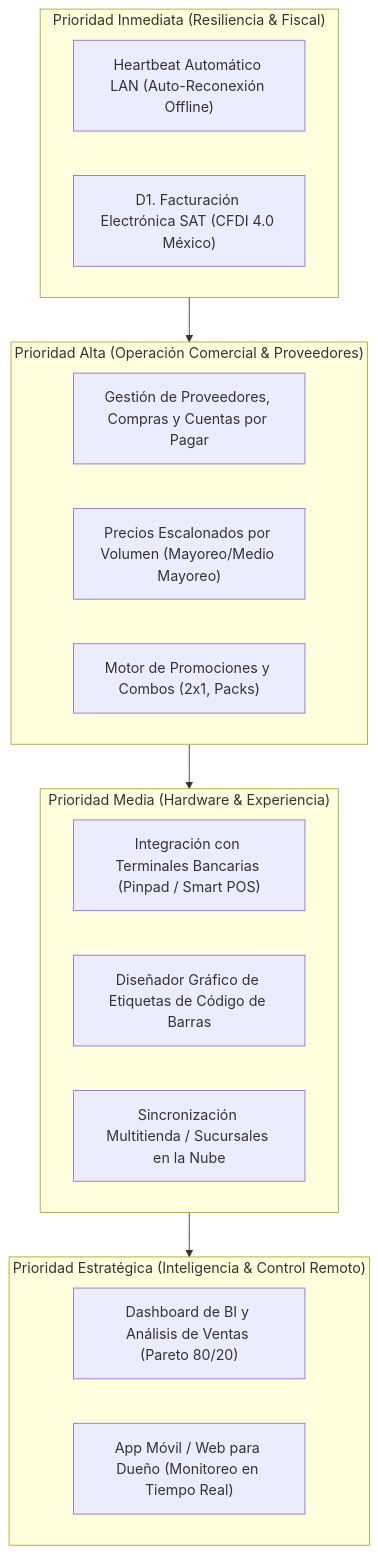
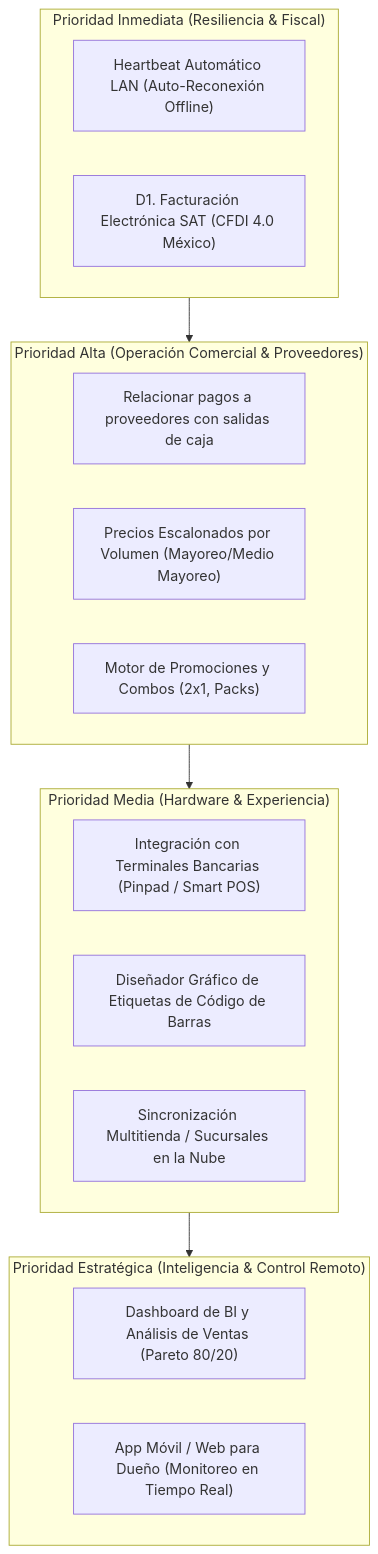
One commit to EddChavez/NexusPOS changed the diagram in docs/mejoras-pendientes.md. Above: the diagram before and after it, drawn with Mermaid. The commit also changed other lines of this file and 14 other files, not shown here.

````diff
--- a/docs/mejoras-pendientes.md
+++ b/docs/mejoras-pendientes.md
@@ -30,26 +30,26 @@
 ```mermaid
 graph TD
     subgraph P1 ["Prioridad Inmediata (Resiliencia & Fiscal)"]
         HB["Heartbeat Automático LAN (Auto-Reconexión Offline)"]
         D1["D1. Facturación Electrónica SAT (CFDI 4.0 México)"]
     end
 
     subgraph P2 ["Prioridad Alta (Operación Comercial & Proveedores)"]
-        CXP["Gestión de Proveedores, Compras y Cuentas por Pagar"]
+        CXP["Relacionar pagos a proveedores con salidas de caja"]
         VOL["Precios Escalonados por Volumen (Mayoreo/Medio Mayoreo)"]
         PROMO["Motor de Promociones y Combos (2x1, Packs)"]
     end
 
     subgraph P3 ["Prioridad Media (Hardware & Experiencia)"]
         PINPAD["Integración con Terminales Bancarias (Pinpad / Smart POS)"]
         LABEL_CUSTOM["Diseñador Gráfico de Etiquetas de Código de Barras"]
         MULTI_STORE["Sincronización Multitienda / Sucursales en la Nube"]
     end
 
     subgraph P4 ["Prioridad Estratégica (Inteligencia & Control Remoto)"]
         BI["Dashboard de BI y Análisis de Ventas (Pareto 80/20)"]
         MOBILE_APP["App Móvil / Web para Dueño (Monitoreo en Tiempo Real)"]
     end
 
     P1 --> P2 --> P3 --> P4
 ```
````
